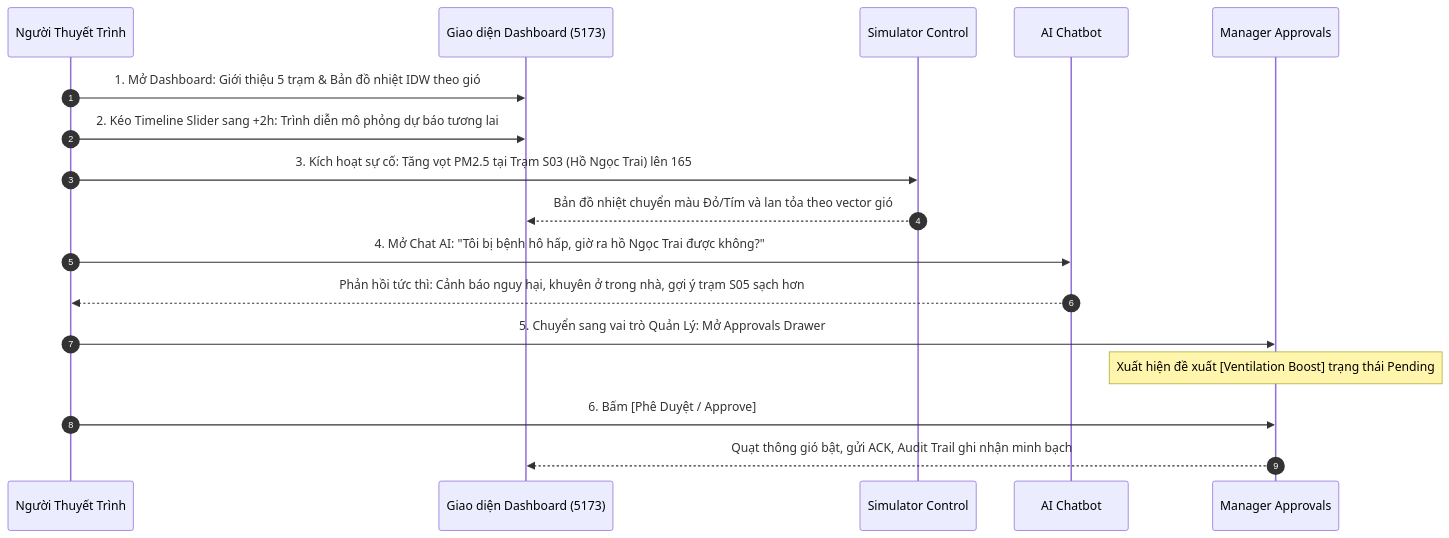
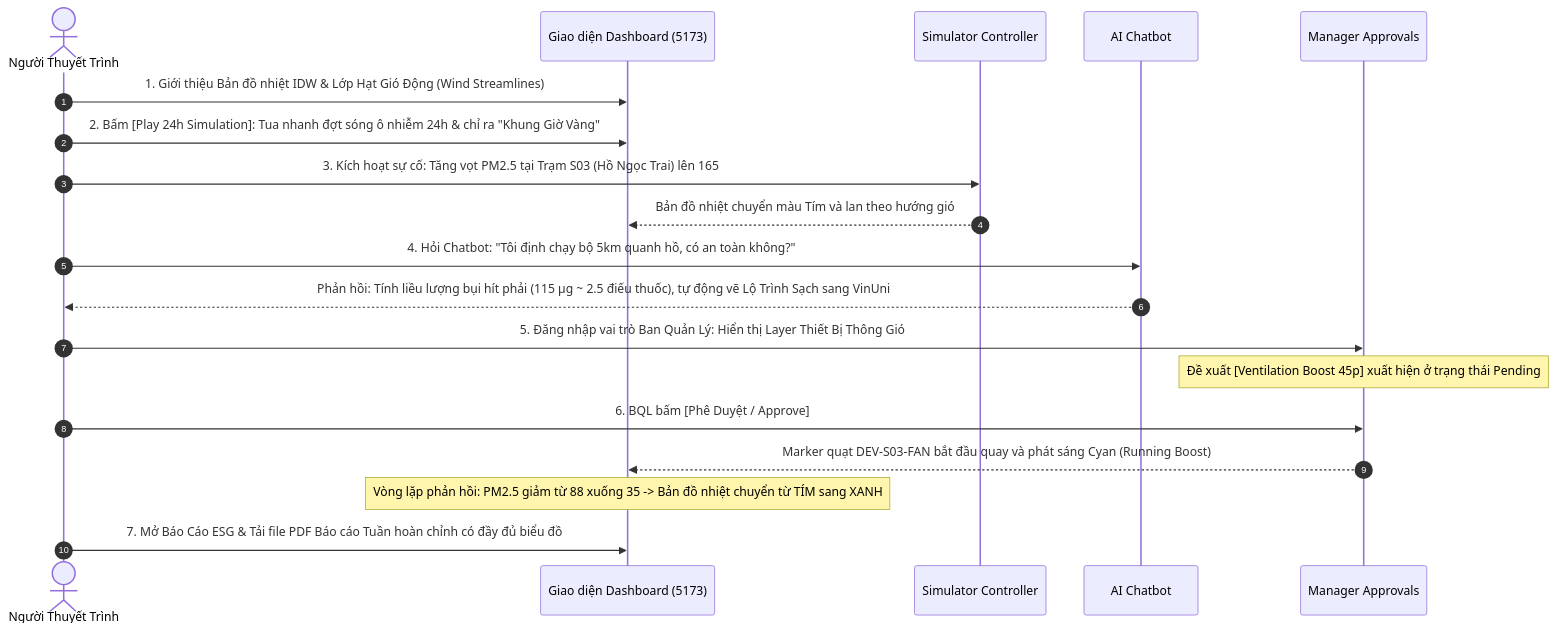
One commit to zangzang1303/airguard-core changed the diagram in tasks/backlog7/task6-integration-testing-demo.md. Above: the diagram before and after it, drawn with Mermaid. The commit also changed other lines of this file and 5 other files, not shown here.

Commit message:
docs(backlog7): enhance all tasks with real-world features: golden windows, inhaled dose, wind streamlines, ESG reports, and 120s demo script

````diff
--- a/tasks/backlog7/task6-integration-testing-demo.md
+++ b/tasks/backlog7/task6-integration-testing-demo.md
@@ -35,20 +38,22 @@
 ```mermaid
 sequenceDiagram
     autonumber
-    participant Presenter as Người Thuyết Trình
+    actor Presenter as Người Thuyết Trình
     participant UI as Giao diện Dashboard (5173)
-    participant Sim as Simulator Control
+    participant Sim as Simulator Controller
     participant Agent as AI Chatbot
     participant BQL as Manager Approvals
 
-    Presenter->>UI: 1. Mở Dashboard: Giới thiệu 5 trạm & Bản đồ nhiệt IDW theo gió
-    Presenter->>UI: 2. Kéo Timeline Slider sang +2h: Trình diễn mô phỏng dự báo tương lai
+    Presenter->>UI: 1. Giới thiệu Bản đồ nhiệt IDW & Lớp Hạt Gió Động (Wind Streamlines)
+    Presenter->>UI: 2. Bấm [Play 24h Simulation]: Tua nhanh đợt sóng ô nhiễm 24h & chỉ ra "Khung Giờ Vàng"
     Presenter->>Sim: 3. Kích hoạt sự cố: Tăng vọt PM2.5 tại Trạm S03 (Hồ Ngọc Trai) lên 165
-    Sim-->>UI: Bản đồ nhiệt chuyển màu Đỏ/Tím và lan tỏa theo vector gió
-    Presenter->>Agent: 4. Mở Chat AI: "Tôi bị bệnh hô hấp, giờ ra hồ Ngọc Trai được không?"
-    Agent-->>Presenter: Phản hồi tức thì: Cảnh báo nguy hại, khuyên ở trong nhà, gợi ý trạm S05 sạch hơn
-    Presenter->>BQL: 5. Chuyển sang vai trò Quản Lý: Mở Approvals Drawer
-    Note over BQL: Xuất hiện đề xuất [Ventilation Boost] trạng thái Pending
-    Presenter->>BQL: 6. Bấm [Phê Duyệt / Approve]
-    BQL-->>UI: Quạt thông gió bật, gửi ACK, Audit Trail ghi nhận minh bạch
+    Sim-->>UI: Bản đồ nhiệt chuyển màu Tím và lan theo hướng gió
+    Presenter->>Agent: 4. Hỏi Chatbot: "Tôi định chạy bộ 5km quanh hồ, có an toàn không?"
+    Agent-->>Presenter: Phản hồi: Tính liều lượng bụi hít phải (115 µg ~ 2.5 điếu thuốc), tự động vẽ Lộ Trình Sạch sang VinUni
+    Presenter->>BQL: 5. Đăng nhập vai trò Ban Quản Lý: Hiển thị Layer Thiết Bị Thông Gió
+    Note over BQL: Đề xuất [Ventilation Boost 45p] xuất hiện ở trạng thái Pending
+    Presenter->>BQL: 6. BQL bấm [Phê Duyệt / Approve]
+    BQL-->>UI: Marker quạt DEV-S03-FAN bắt đầu quay và phát sáng Cyan (Running Boost)
+    Note over UI: Vòng lặp phản hồi: PM2.5 giảm từ 88 xuống 35 -> Bản đồ nhiệt chuyển từ TÍM sang XANH
+    Presenter->>UI: 7. Mở Báo Cáo ESG & Tải file PDF Báo cáo Tuần hoàn chỉnh có đầy đủ biểu đồ
 ```
````
